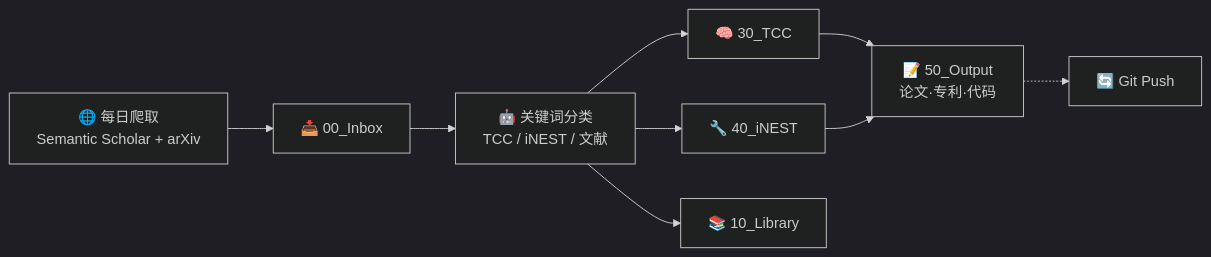
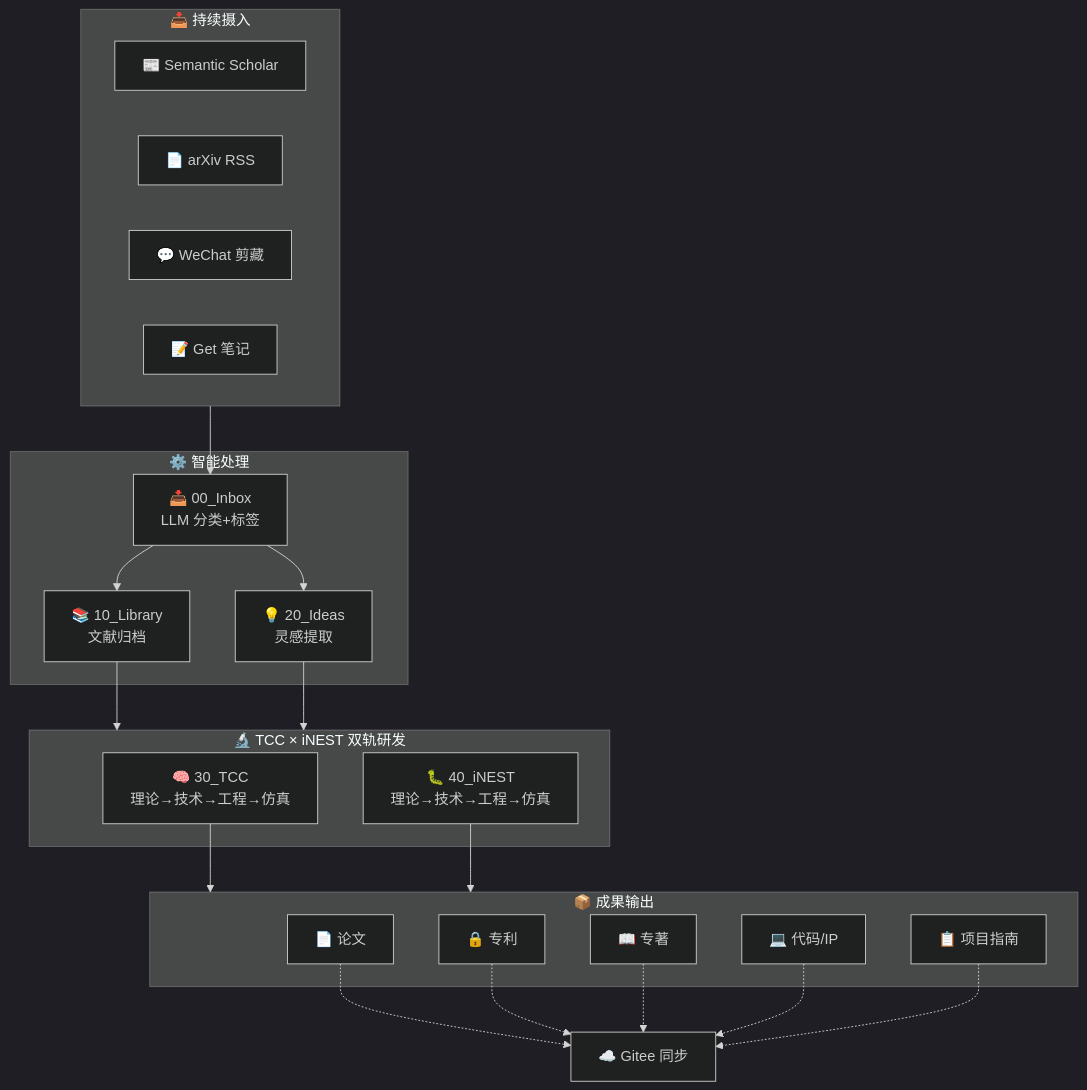
One commit to LEOLEOLEO-AI/i-nest changed the diagram in Home.md. Above: the diagram before and after it, drawn with Mermaid (dark theme). The commit also changed other lines of this file, not shown here.

````diff
--- a/Home.md
+++ b/Home.md
@@ -88,11 +211,37 @@
 ```mermaid
-graph LR
-    A["🌐 每日爬取<br/>Semantic Scholar + arXiv"] --> B["📥 00_Inbox"]
-    B --> C["🤖 关键词分类<br/>TCC / iNEST / 文献"]
-    C --> D["🧠 30_TCC"]
-    C --> E["🔧 40_iNEST"]
-    C --> F["📚 10_Library"]
-    D --> G["📝 50_Output<br/>论文·专利·代码"]
-    E --> G
-    G -.-> H["🔄 Git Push"]
+graph TB
+    subgraph 输入["📥 持续摄入"]
+        A1["📰 Semantic Scholar"]
+        A2["📄 arXiv RSS"]
+        A3["💬 WeChat 剪藏"]
+        A4["📝 Get 笔记"]
+    end
+    subgraph 加工["⚙️ 智能处理"]
+        B["📥 00_Inbox<br/>LLM 分类+标签"]
+        C1["📚 10_Library<br/>文献归档"]
+        C2["💡 20_Ideas<br/>灵感提取"]
+    end
+    subgraph 研发["🔬 TCC × iNEST 双轨研发"]
+        D1["🧠 30_TCC<br/>理论→技术→工程→仿真"]
+        D2["🐛 40_iNEST<br/>理论→技术→工程→仿真"]
+    end
+    subgraph 产出["📦 成果输出"]
+        E1["📄 论文"]
+        E2["🔒 专利"]
+        E3["📖 专著"]
+        E4["💻 代码/IP"]
+        E5["📋 项目指南"]
+    end
+    输入 --> B
+    B --> C1
+    B --> C2
+    C1 --> 研发
+    C2 --> 研发
+    D1 --> 产出
+    D2 --> 产出
+    E1 -.-> F["☁️ Gitee 同步"]
+    E2 -.-> F
+    E3 -.-> F
+    E4 -.-> F
+    E5 -.-> F
 ```
````
